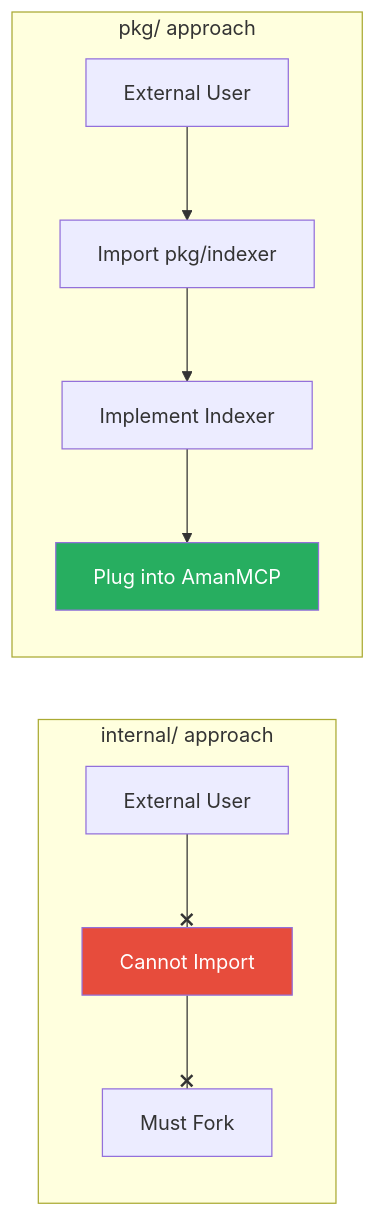
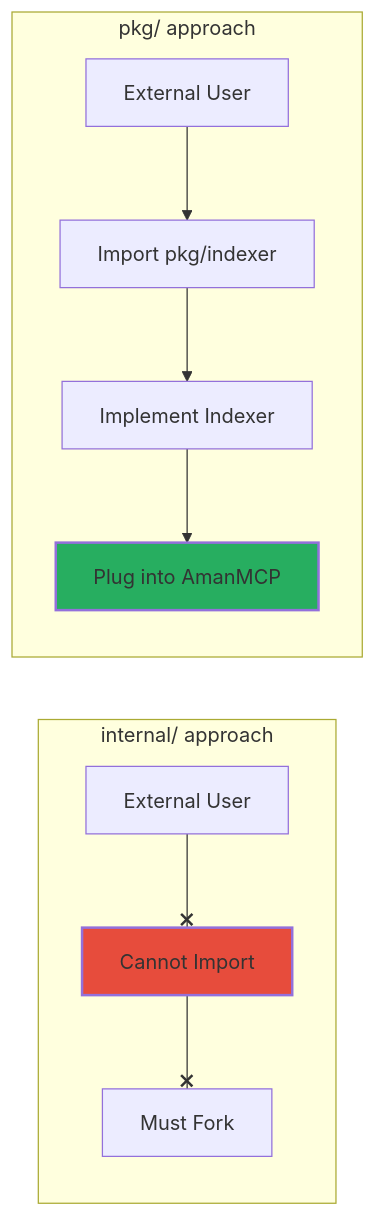
The sixth of 7 diagrams in docs/articles/black-box-architecture-case-study.md (sampi02/amanmcp), drawn with Mermaid before and after one commit. The commit also changed other lines of this file and 59 other files, not shown here.

````diff
--- a/docs/articles/black-box-architecture-case-study.md
+++ b/docs/articles/black-box-architecture-case-study.md
@@ -503,16 +503,16 @@
 ```mermaid
 flowchart LR
     subgraph Internal["internal/ approach"]
         User1["External User"] --x Blocked["Cannot Import"]
         Blocked --x Fork["Must Fork"]
     end
 
     subgraph Pkg["pkg/ approach"]
         User2["External User"] --> Import["Import pkg/indexer"]
         Import --> Impl["Implement Indexer"]
         Impl --> Plugin["Plug into AmanMCP"]
     end
 
-    style Blocked fill:#e74c3c,color:#fff
-    style Plugin fill:#27ae60,color:#fff
+    style Blocked fill:#e74c3c,stroke-width:2px
+    style Plugin fill:#27ae60,stroke-width:2px
 ```
````
